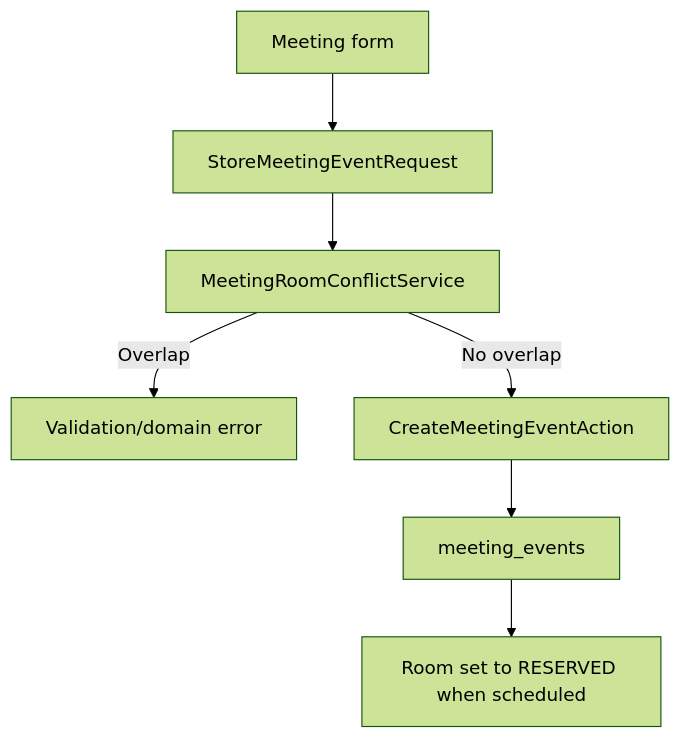
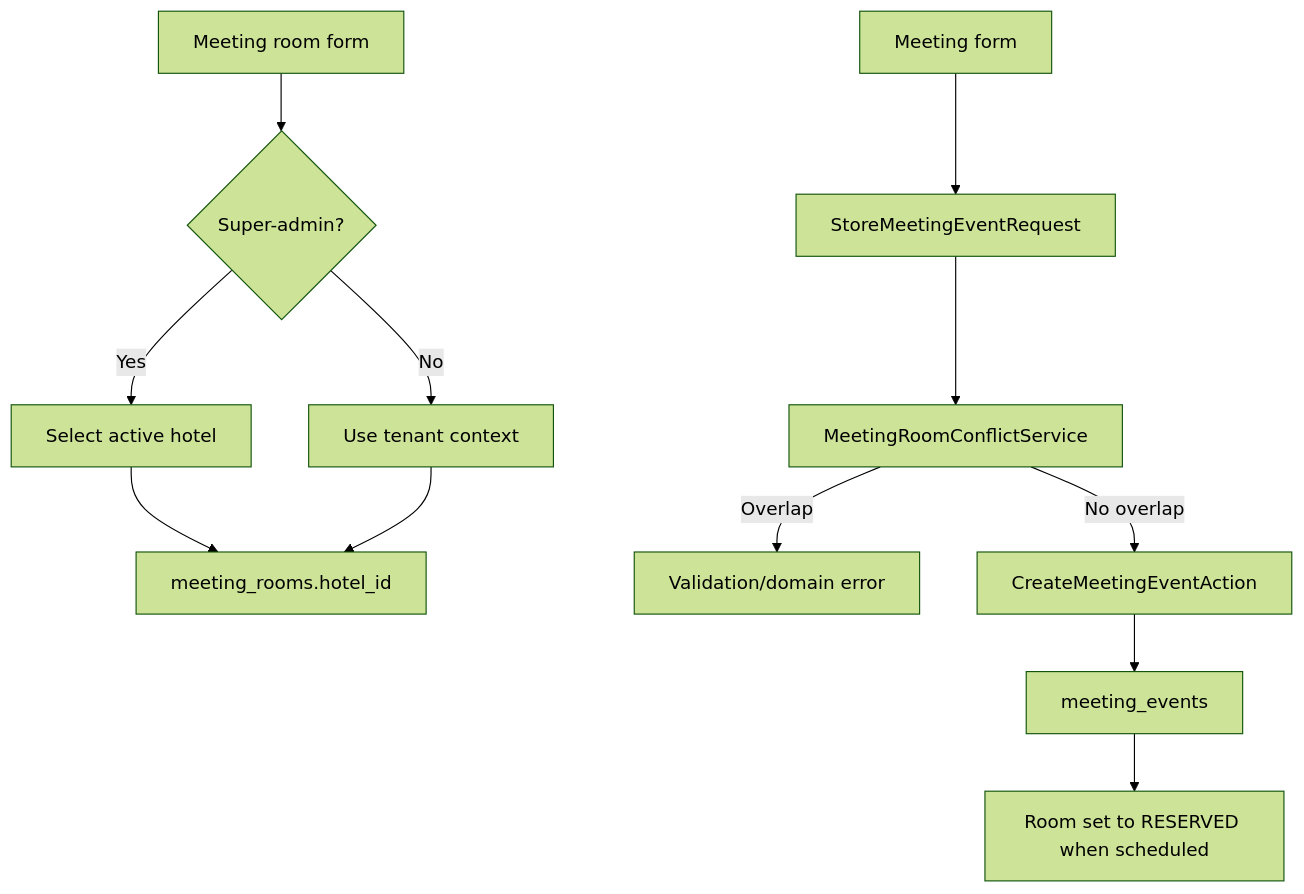
Before and after one commit to rifqyar/Head-Counter: the second of 6 diagrams in docs/BUSINESS_FLOW.md, drawn with Mermaid (forest theme). The commit also changed other lines of this file and 78 other files, not shown here.

````diff
--- a/docs/BUSINESS_FLOW.md
+++ b/docs/BUSINESS_FLOW.md
@@ -17,9 +23,14 @@
 ```mermaid
 flowchart TD
+    RoomForm[Meeting room form] --> Tenant{Super-admin?}
+    Tenant -->|Yes| SelectHotel[Select active hotel]
+    Tenant -->|No| CurrentHotel[Use tenant context]
+    SelectHotel --> Room[meeting_rooms.hotel_id]
+    CurrentHotel --> Room
     MeetingForm[Meeting form] --> Validate[StoreMeetingEventRequest]
     Validate --> Conflict[MeetingRoomConflictService]
     Conflict -->|Overlap| Error[Validation/domain error]
     Conflict -->|No overlap| Create[CreateMeetingEventAction]
     Create --> Event[meeting_events]
     Event --> RoomStatus[Room set to RESERVED when scheduled]
 ```
````
